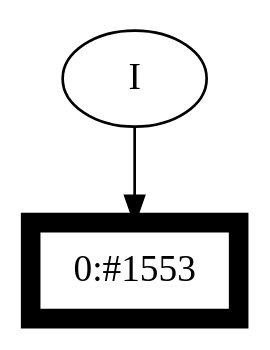
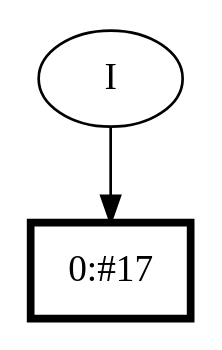
One commit to pepes97/Regular-Decision-Processes changed the diagram in nonmarkov-envs/nonmarkov_envs/prova.txt.dat.ff.init_dfa.dot. Above: the diagram before and after it, drawn with Graphviz. The commit also changed 23 other files, not shown here.

```diff
--- a/nonmarkov-envs/nonmarkov_envs/prova.txt.dat.ff.init_dfa.dot
+++ b/nonmarkov-envs/nonmarkov_envs/prova.txt.dat.ff.init_dfa.dot
@@ -1,7 +1,7 @@
 // produced with flexfringe // ../../flexfringe/dfasat/flexfringe --ini=../../flexfringe/dfasat/ini/batch-mealy.ini prova.txt.dat 
 digraph DFA {
 	0 [label="root" shape=box];
 		I -> 0;
-	0 [ label="0:#1553
-" , penwidth=7.34859];
+	0 [ label="0:#17
+" , penwidth=2.89037];
 }
```
